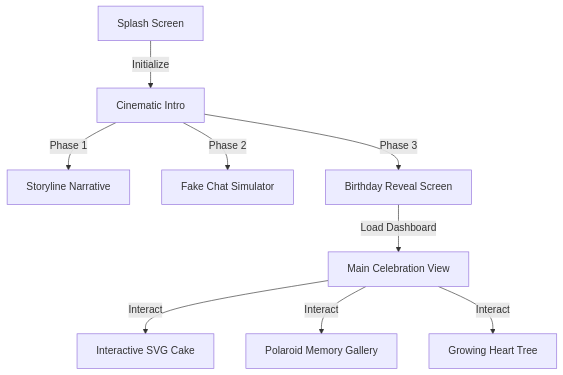
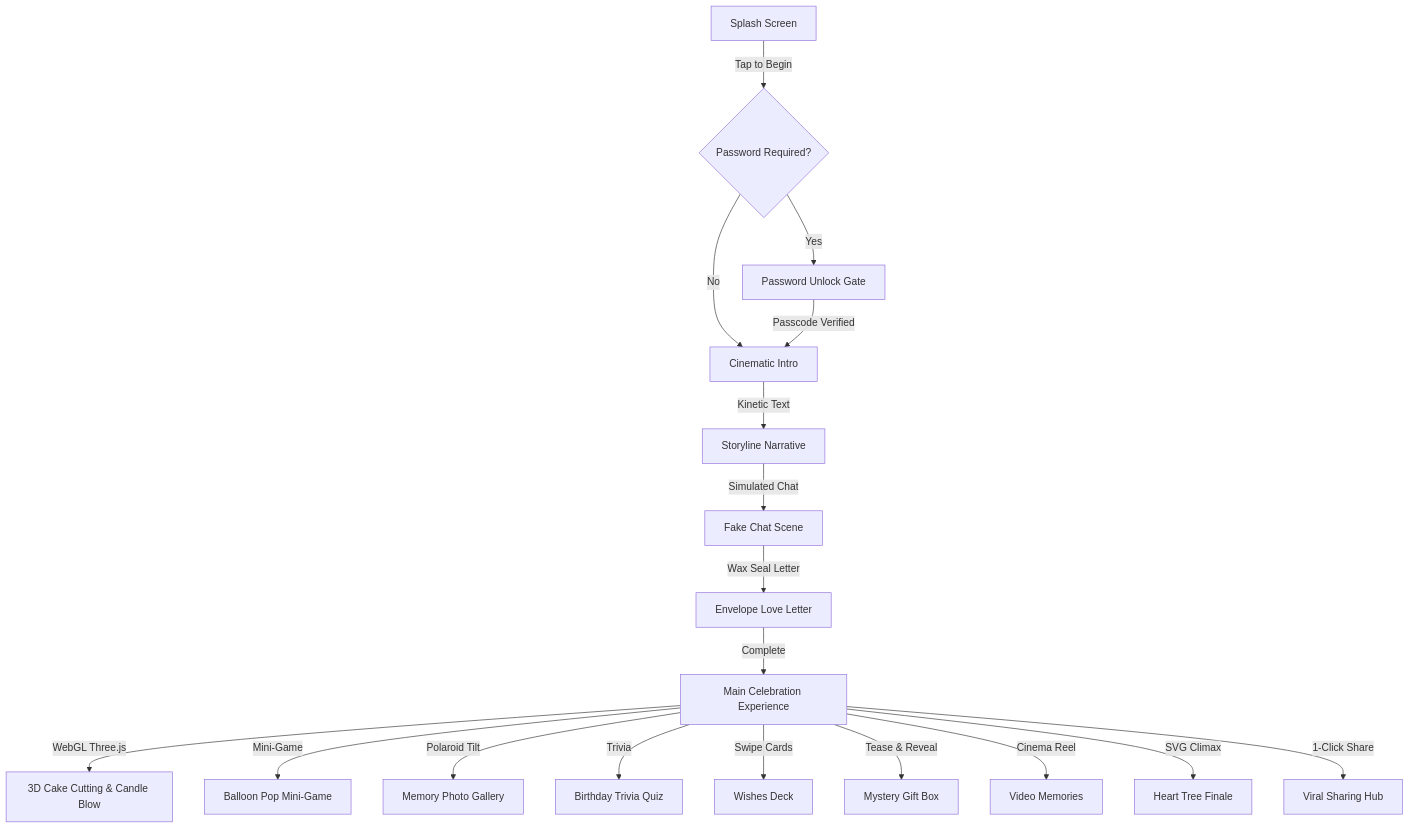
The first of 6 diagrams in README.md (naborajs/birthday-bloom), drawn with Mermaid before and after one commit. The commit also changed other lines of this file, not shown here.

Commit message:
docs(readme): add visual showcase, celebration architecture diagrams, and high-res screenshots

````diff
--- a/README.md
+++ b/README.md
@@ -325,12 +398,22 @@
 ```mermaid
 graph TD
-    Splash[Splash Screen] -->|Initialize| Intro[Cinematic Intro]
-    Intro -->|"Phase 1"| Story[Storyline Narrative]
-    Intro -->|"Phase 2"| Chat[Fake Chat Simulator]
-    Intro -->|"Phase 3"| Reveal[Birthday Reveal Screen]
-    Reveal -->|"Load Dashboard"| Main[Main Celebration View]
+    Splash[Splash Screen] -->|Tap to Begin| Gate{Password Required?}
+    Gate -->|Yes| Unlock[Password Unlock Gate]
+    Gate -->|No| Intro[Cinematic Intro]
+    Unlock -->|Passcode Verified| Intro
     
-    Main -->|Interact| Cake[Interactive SVG Cake]
-    Main -->|Interact| Gallery[Polaroid Memory Gallery]
-    Main -->|Interact| HeartTree[Growing Heart Tree]
+    Intro -->|Kinetic Text| Story[Storyline Narrative]
+    Story -->|Simulated Chat| Chat[Fake Chat Scene]
+    Chat -->|Wax Seal Letter| Letter[Envelope Love Letter]
+    Letter -->|Complete| Main[Main Celebration Experience]
+    
+    Main -->|WebGL Three.js| Cake[3D Cake Cutting & Candle Blow]
+    Main -->|Mini-Game| Balloons[Balloon Pop Mini-Game]
+    Main -->|Polaroid Tilt| Gallery[Memory Photo Gallery]
+    Main -->|Trivia| Quiz[Birthday Trivia Quiz]
+    Main -->|Swipe Cards| Deck[Wishes Deck]
+    Main -->|Tease & Reveal| Gift[Mystery Gift Box]
+    Main -->|Cinema Reel| Videos[Video Memories]
+    Main -->|SVG Climax| HeartTree[Heart Tree Finale]
+    Main -->|1-Click Share| Share[Viral Sharing Hub]
 ```
````
